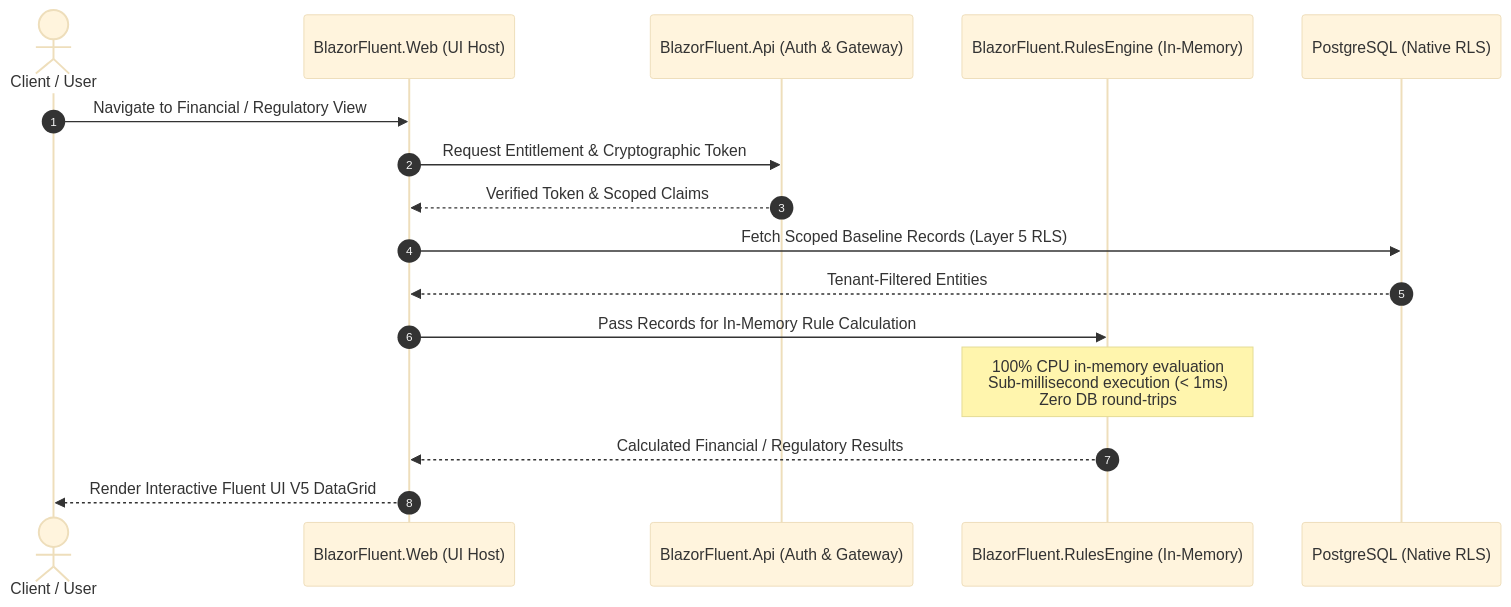
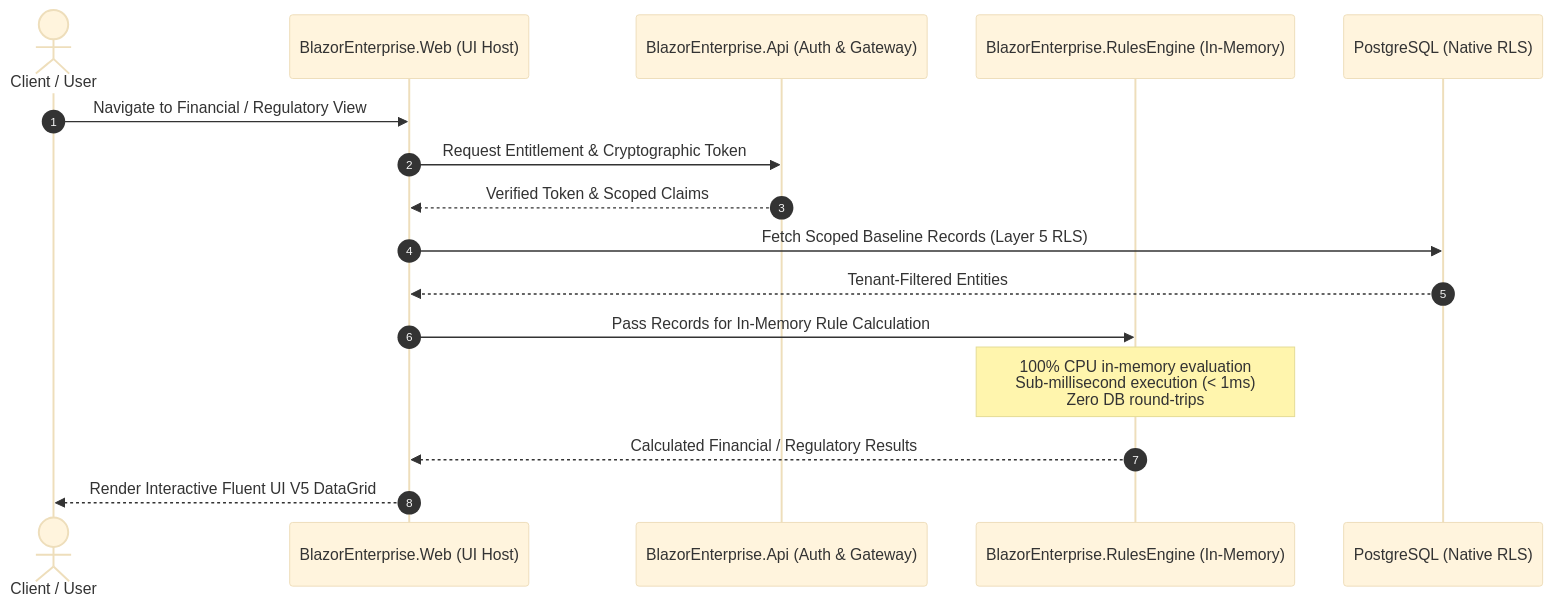
Before and after one commit to cheriansk/blazor-fluent: the third of 3 diagrams in docs/02-Architecture-and-Project-Structure.md, drawn with Mermaid (base theme). The commit also changed other lines of this file and 1219 other files, not shown here.

````diff
--- a/docs/02-Architecture-and-Project-Structure.md
+++ b/docs/02-Architecture-and-Project-Structure.md
@@ -226,19 +226,19 @@
 ```mermaid
 sequenceDiagram
     autonumber
     actor User as Client / User
-    participant Web as BlazorFluent.Web (UI Host)
-    participant Api as BlazorFluent.Api (Auth & Gateway)
-    participant Rules as BlazorFluent.RulesEngine (In-Memory)
+    participant Web as BlazorEnterprise.Web (UI Host)
+    participant Api as BlazorEnterprise.Api (Auth & Gateway)
+    participant Rules as BlazorEnterprise.RulesEngine (In-Memory)
     participant DB as PostgreSQL (Native RLS)
 
     User->>Web: Navigate to Financial / Regulatory View
     Web->>Api: Request Entitlement & Cryptographic Token
     Api-->>Web: Verified Token & Scoped Claims
     Web->>DB: Fetch Scoped Baseline Records (Layer 5 RLS)
     DB-->>Web: Tenant-Filtered Entities
     Web->>Rules: Pass Records for In-Memory Rule Calculation
     Note over Rules: 100% CPU in-memory evaluation<br/>Sub-millisecond execution (< 1ms)<br/>Zero DB round-trips
     Rules-->>Web: Calculated Financial / Regulatory Results
     Web-->>User: Render Interactive Fluent UI V5 DataGrid
 ```
````
